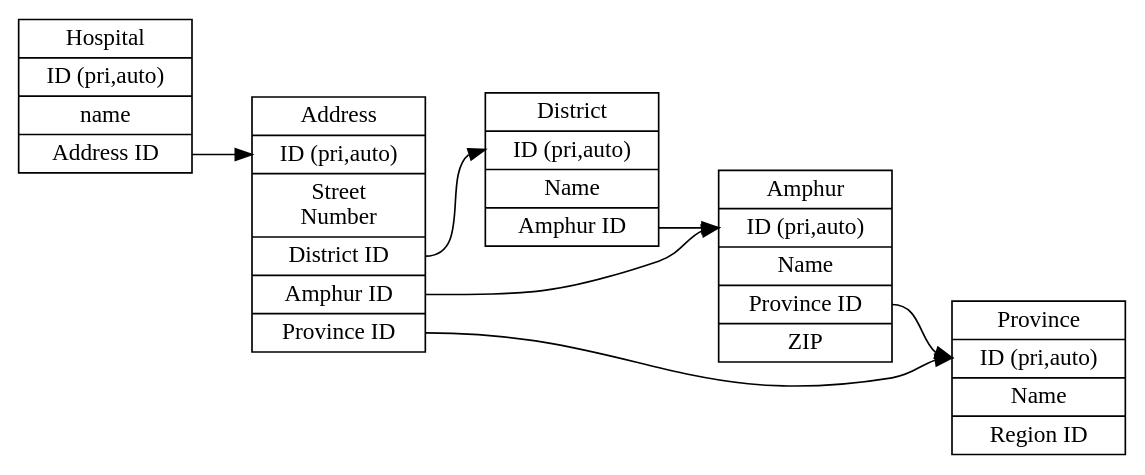
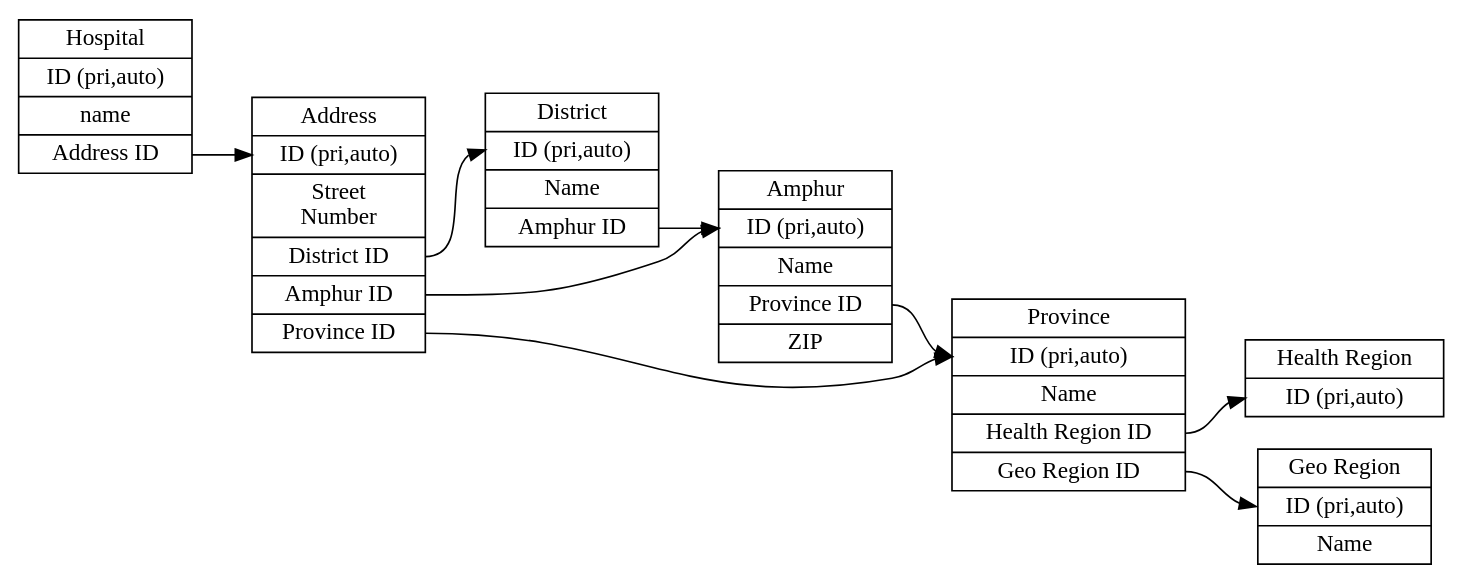
Before and after one commit to likit/medtech-ieqa: the diagram in customerdb.dot, drawn with Graphviz.

Commit message:
added health and geo region tables
added health and geo region fields to province table

```diff
--- a/customerdb.dot
+++ b/customerdb.dot
@@ -1,16 +1,22 @@
 digraph G {
     graph [rankdir = "LR"];
     "hospital_table" [shape = "record" label = "Hospital|ID (pri,auto)|name|<f3>Address ID"];
     "address_table" [shape = "record" label="Address|<f1>ID (pri,auto)|Street\nNumber|<f3>District ID|<f4>Amphur ID|<f5>Province ID"];
-    "province_table" [shape = "record" label="Province|<f1>ID (pri,auto)|Name|Region ID"];
+    "province_table" [shape = "record" label="Province|<f1>ID (pri,auto)|Name|<f3>Health Region ID|<f4>Geo Region ID"];
     "amphur_table" [shape="record" label="Amphur|<f1>ID (pri,auto)|Name|<f3>Province ID|ZIP"];
     "district_table" [shape="record" label="District|<f1>ID (pri,auto)|Name|<f3>Amphur ID"];
+    "health_region_table" [shape="record" label="Health Region|<f1>ID (pri,auto)"];
+    "geo_region_table" [shape="record" label="Geo Region|<f1>ID (pri,auto)|Name"];
+
     "address_table":f3 -> "district_table":f1;
     "address_table":f4 -> "amphur_table":f1;
     "address_table":f5 -> "province_table":f1;
 
     "hospital_table":f3 -> "address_table":f1;
 
     "amphur_table":f3 -> "province_table":f1;
     "district_table":f3 -> "amphur_table":f1;
+
+    "province_table":f3 -> "health_region_table":f1;
+    "province_table":f4 -> "geo_region_table":f1;
 }
```
